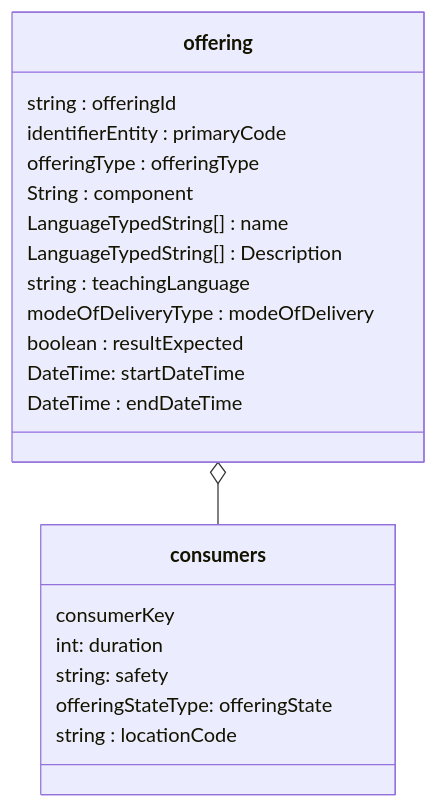
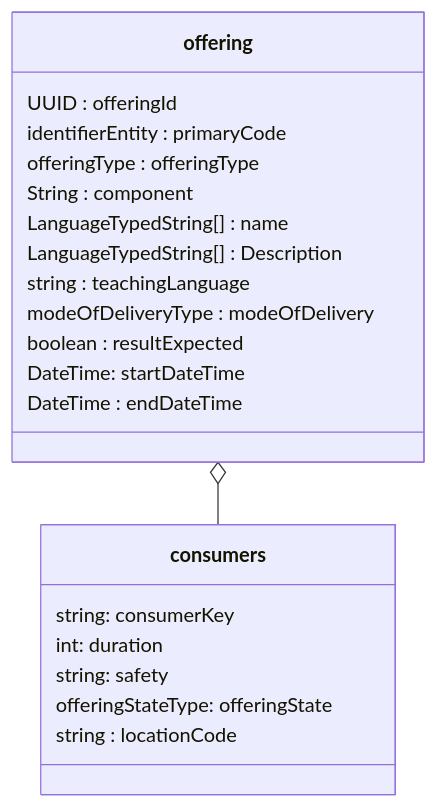
The second of 8 diagrams in doc/diagrams/flow2.md (NetwerkExamineringDigitalisering/NED-OOAPI), drawn with Mermaid before and after one commit. The commit also changed other lines of this file, not shown here.

````diff
--- a/doc/diagrams/flow2.md
+++ b/doc/diagrams/flow2.md
@@ -15,24 +15,24 @@
 ```mermaid
 classDiagram
     class offering {
-    	string : offeringId
+    	UUID : offeringId
 	identifierEntity : primaryCode
 	offeringType : offeringType
 	String : component
 	LanguageTypedString[] : name
 	LanguageTypedString[] : Description
 	string : teachingLanguage
 	modeOfDeliveryType : modeOfDelivery
 	boolean : resultExpected
 	DateTime: startDateTime
 	DateTime : endDateTime
     }
     class consumers {
-    	consumerKey
+    	string: consumerKey
 	int: duration
 	string:	safety
 	offeringStateType: offeringState
 	string : locationCode
     }
     offering o-- consumers
 ```
````
